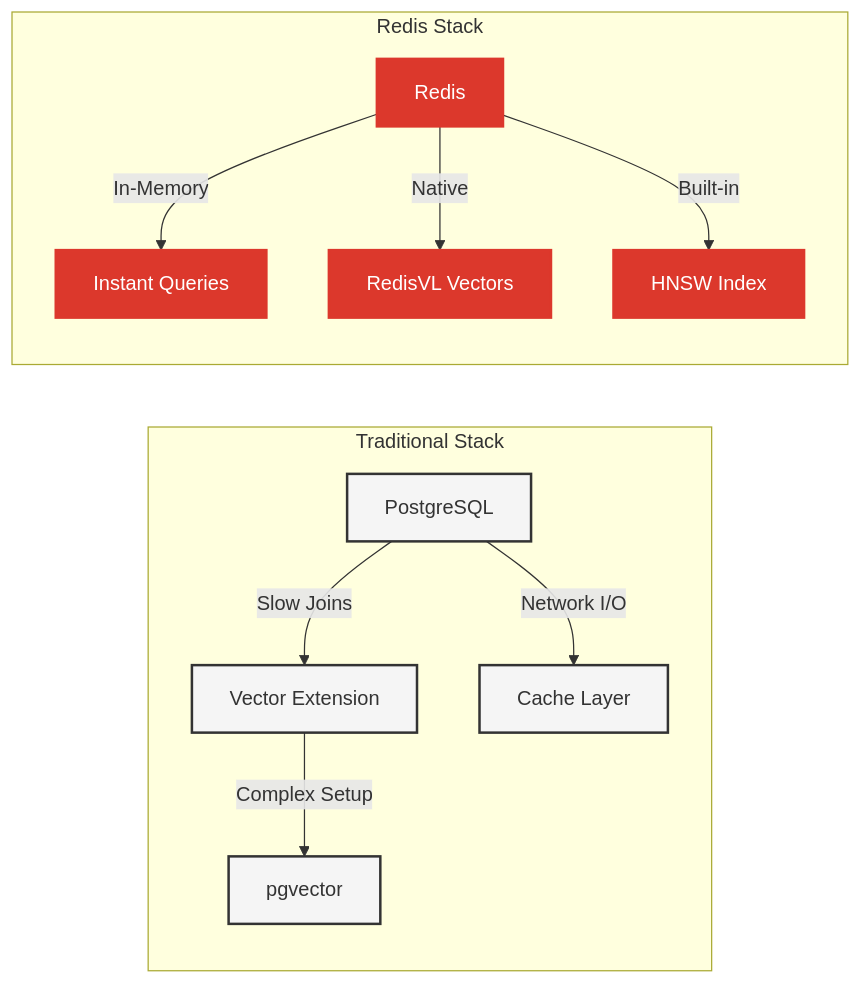
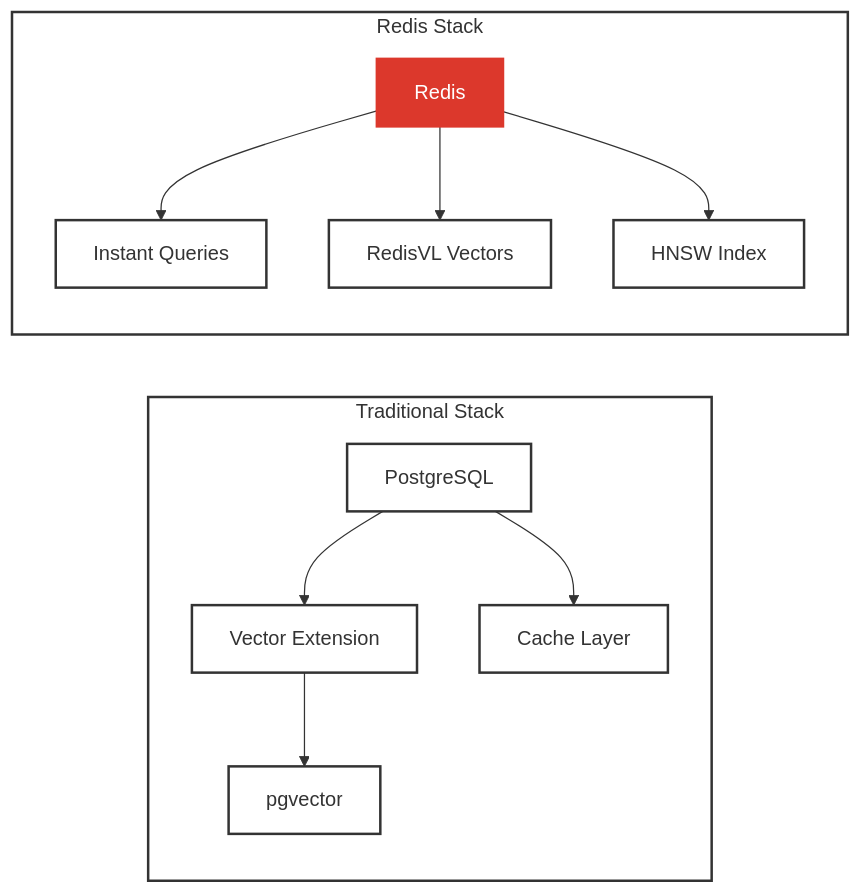
One commit to AllieRays/redis-wellness changed the first of 4 diagrams in docs/11_REDIS_PATTERNS.md. Above: the diagram before and after it, drawn with Mermaid. The commit also changed other lines of this file and 4 other files, not shown here.

````diff
--- a/docs/11_REDIS_PATTERNS.md
+++ b/docs/11_REDIS_PATTERNS.md
@@ -19,23 +19,33 @@
 ```mermaid
 graph LR
-    subgraph "Traditional Stack"
-    A[PostgreSQL] -->|Slow Joins| B[Vector Extension]
-    A -->|Network I/O| C[Cache Layer]
-    B -->|Complex Setup| D[pgvector]
+    subgraph traditional ["Traditional Stack"]
+        A[PostgreSQL]
+        B[Vector Extension]
+        C[Cache Layer]
+        D[pgvector]
+        A --> B
+        A --> C
+        B --> D
     end
 
-    subgraph "Redis Stack"
-    E[Redis] -->|In-Memory| F[Instant Queries]
-    E -->|Native| G[RedisVL Vectors]
-    E -->|Built-in| H[HNSW Index]
+    subgraph redis ["Redis Stack"]
+        E[Redis]
+        F[Instant Queries]
+        G[RedisVL Vectors]
+        H[HNSW Index]
+        E --> F
+        E --> G
+        E --> H
     end
 
-    style A fill:#f5f5f5,stroke:#333,stroke-width:2px
-    style B fill:#f5f5f5,stroke:#333,stroke-width:2px
-    style C fill:#f5f5f5,stroke:#333,stroke-width:2px
-    style D fill:#f5f5f5,stroke:#333,stroke-width:2px
+    style A fill:#fff,stroke:#333,stroke-width:2px
+    style B fill:#fff,stroke:#333,stroke-width:2px
+    style C fill:#fff,stroke:#333,stroke-width:2px
+    style D fill:#fff,stroke:#333,stroke-width:2px
     style E fill:#DC382C,stroke:#DC382C,stroke-width:2px,color:#fff
-    style F fill:#DC382C,stroke:#DC382C,stroke-width:2px,color:#fff
-    style G fill:#DC382C,stroke:#DC382C,stroke-width:2px,color:#fff
-    style H fill:#DC382C,stroke:#DC382C,stroke-width:2px,color:#fff
+    style F fill:#fff,stroke:#333,stroke-width:2px
+    style G fill:#fff,stroke:#333,stroke-width:2px
+    style H fill:#fff,stroke:#333,stroke-width:2px
+    style traditional fill:#fff,stroke:#333,stroke-width:2px
+    style redis fill:#fff,stroke:#333,stroke-width:2px
 ```
````
